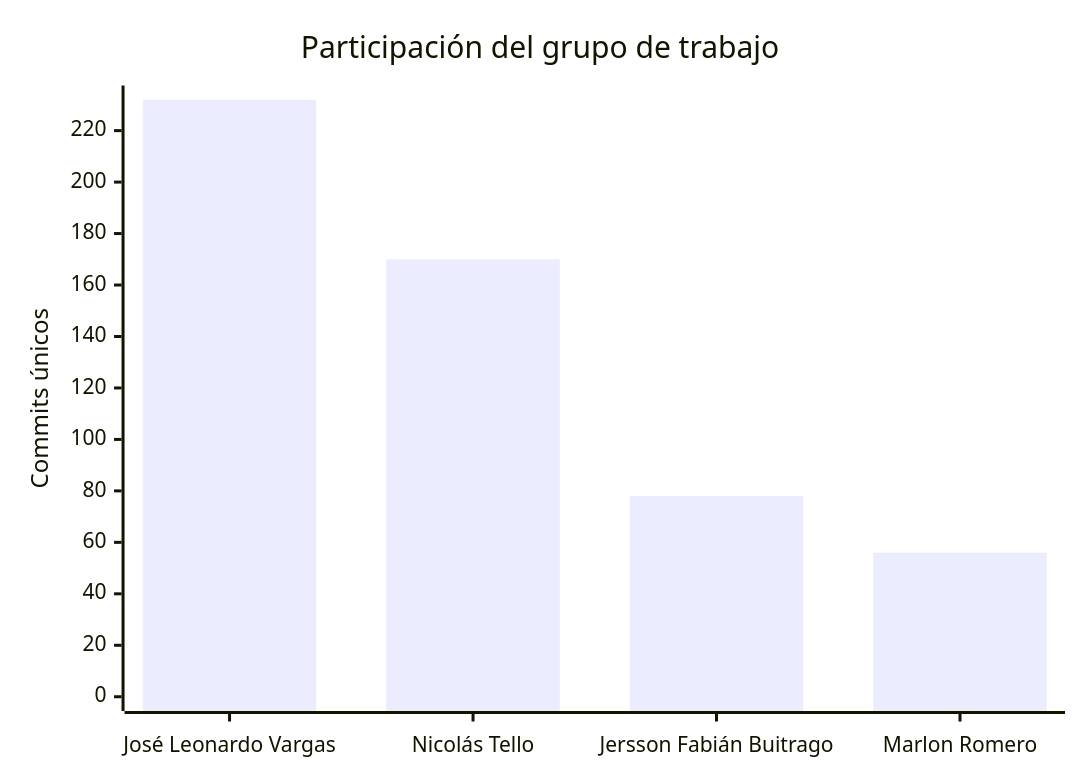
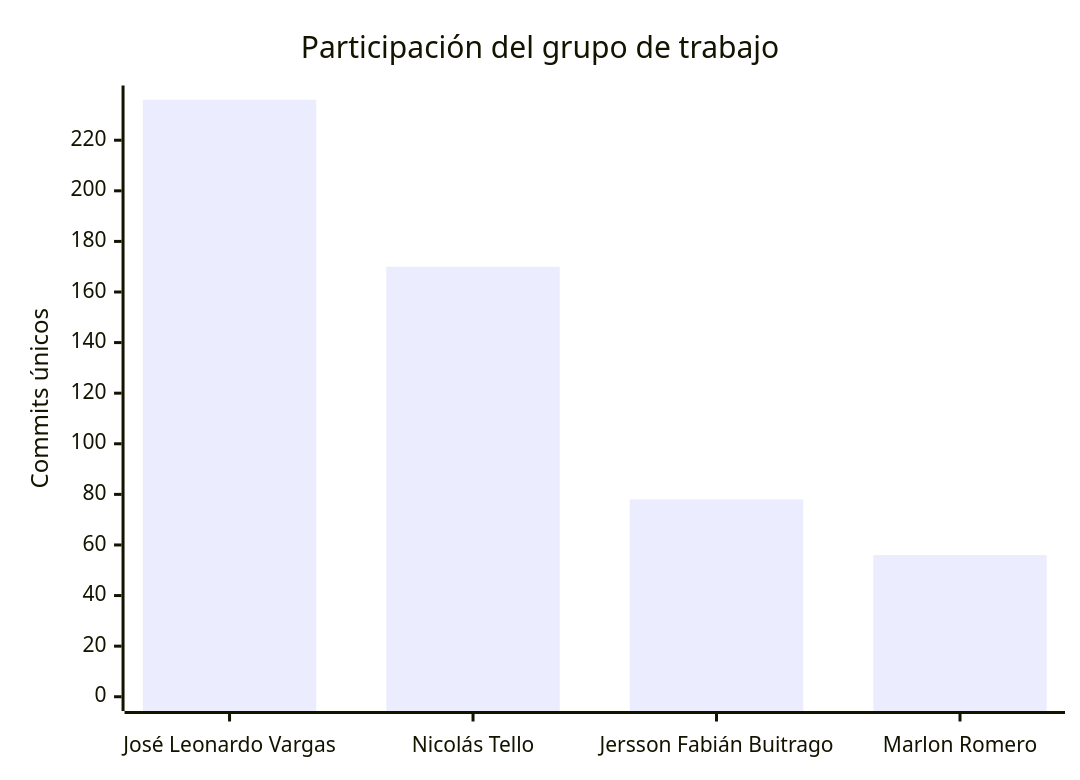
The second of 2 diagrams in README.md (FarmaExpres/FarmaExpres), drawn with Mermaid before and after one commit. The commit also changed other lines of this file and 1 other file, not shown here.

````diff
--- a/README.md
+++ b/README.md
@@ -401,7 +401,7 @@
 ```mermaid
 xychart-beta
     title "Participación del grupo de trabajo"
     x-axis ["José Leonardo Vargas", "Nicolás Tello", "Jersson Fabián Buitrago", "Marlon Romero"]
-    y-axis "Commits únicos" 0 --> 232
-    bar [232, 170, 78, 56]
+    y-axis "Commits únicos" 0 --> 236
+    bar [236, 170, 78, 56]
 ```
````
